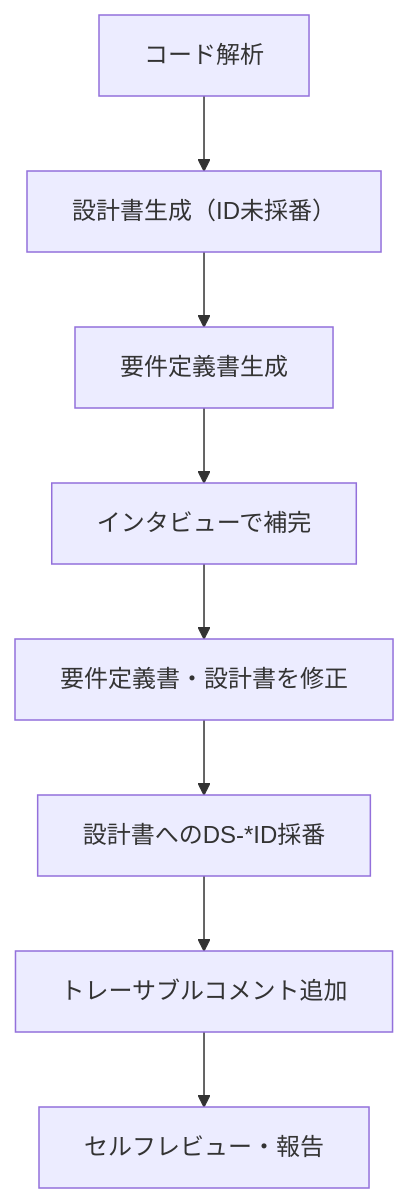
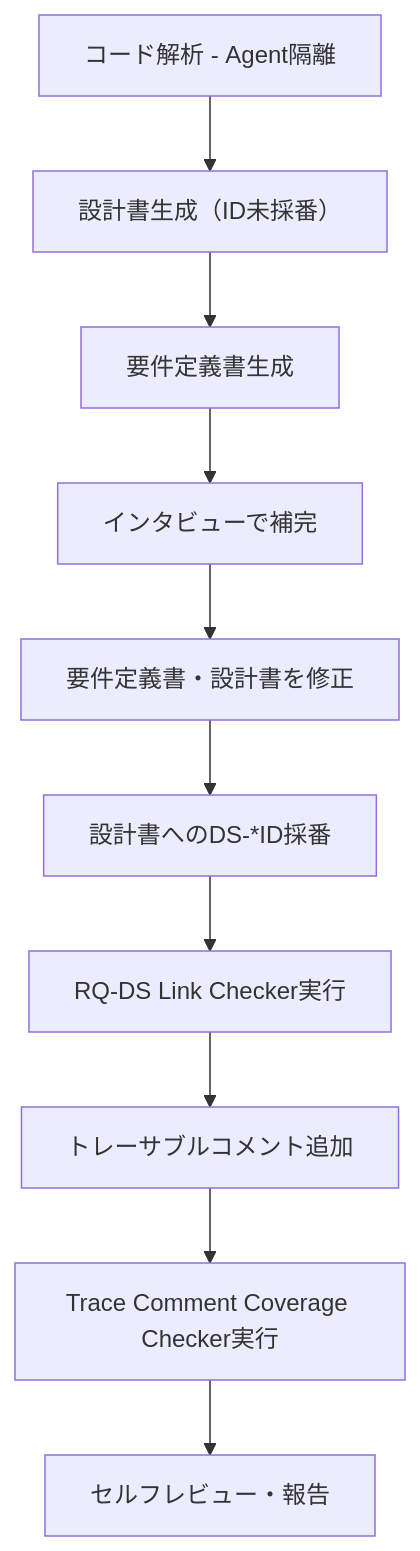
Before and after one commit to notfolder/isdd: the diagram in .claude/skills/isdd-reverse-engineering/SKILL.md, drawn with Mermaid. The commit also changed other lines of this file and 7 other files, not shown here.

````diff
--- a/.claude/skills/isdd-reverse-engineering/SKILL.md
+++ b/.claude/skills/isdd-reverse-engineering/SKILL.md
@@ -34,10 +34,12 @@
 ```mermaid
 graph TD
-    A[コード解析] --> B[設計書生成（ID未採番）]
+    A[コード解析 - Agent隔離] --> B[設計書生成（ID未採番）]
     B --> C[要件定義書生成]
     C --> D[インタビューで補完]
     D --> E[要件定義書・設計書を修正]
     E --> F[設計書へのDS-*ID採番]
-    F --> G[トレーサブルコメント追加]
-    G --> H[セルフレビュー・報告]
+    F --> F2["RQ-DS Link Checker実行"]
+    F2 --> G[トレーサブルコメント追加]
+    G --> G2["Trace Comment Coverage Checker実行"]
+    G2 --> H[セルフレビュー・報告]
 ```
````
